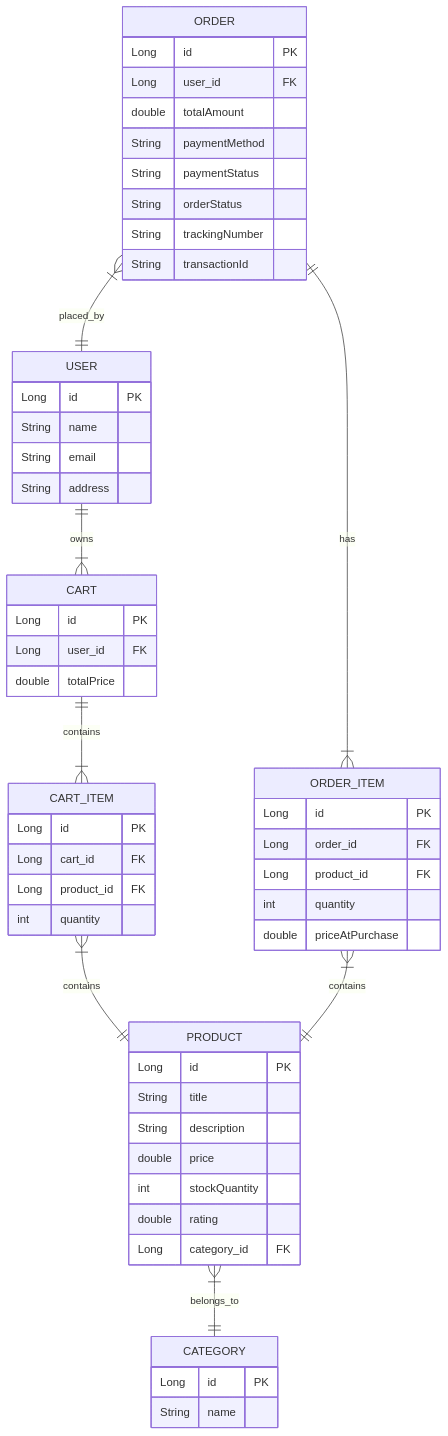
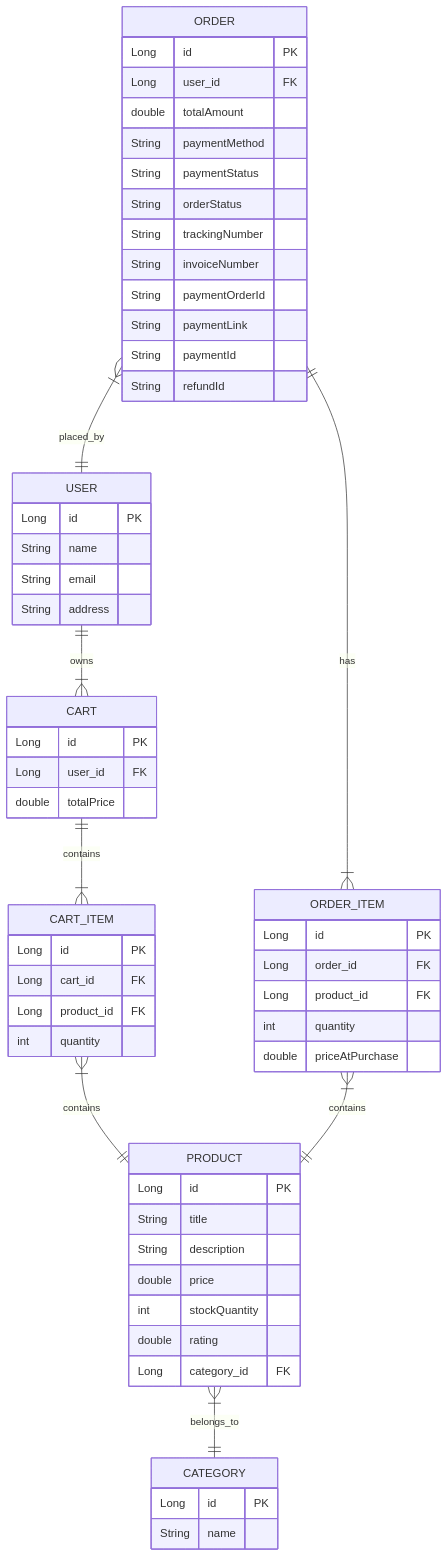
One commit to goelvinay5/WoolfProjectDocumentation changed the diagram in SchemaDesign/ProductManagement.mmd. Above: the diagram before and after it, drawn with Mermaid. The commit also changed 5 other files, not shown here.

```diff
--- a/SchemaDesign/ProductManagement.mmd
+++ b/SchemaDesign/ProductManagement.mmd
@@ -1,64 +1,68 @@
 erDiagram
     USER {
         Long id PK
         String name
         String email
         String address
     }
     
     CART {
         Long id PK
         Long user_id FK
         double totalPrice
     }
     
     CART_ITEM {
         Long id PK
         Long cart_id FK
         Long product_id FK
         int quantity
     }
     
     PRODUCT {
         Long id PK
         String title
         String description
         double price
         int stockQuantity
         double rating
         Long category_id FK
     }
     
     CATEGORY {
         Long id PK
         String name
     }
     
     ORDER {
         Long id PK
         Long user_id FK
         double totalAmount
         String paymentMethod
         String paymentStatus
         String orderStatus
         String trackingNumber
-        String transactionId
+        String invoiceNumber
+        String paymentOrderId
+        String paymentLink
+        String paymentId
+        String refundId
     }
     
     ORDER_ITEM {
         Long id PK
         Long order_id FK
         Long product_id FK
         int quantity
         double priceAtPurchase
     }
     
     USER ||--|{ CART : owns
     CART ||--|{ CART_ITEM : contains
     CART_ITEM }|--|| PRODUCT : contains
     
     ORDER ||--|{ ORDER_ITEM : has
     ORDER }|--|| USER : placed_by
     ORDER_ITEM }|--|| PRODUCT : contains
     
     PRODUCT }|--|| CATEGORY : belongs_to
```
